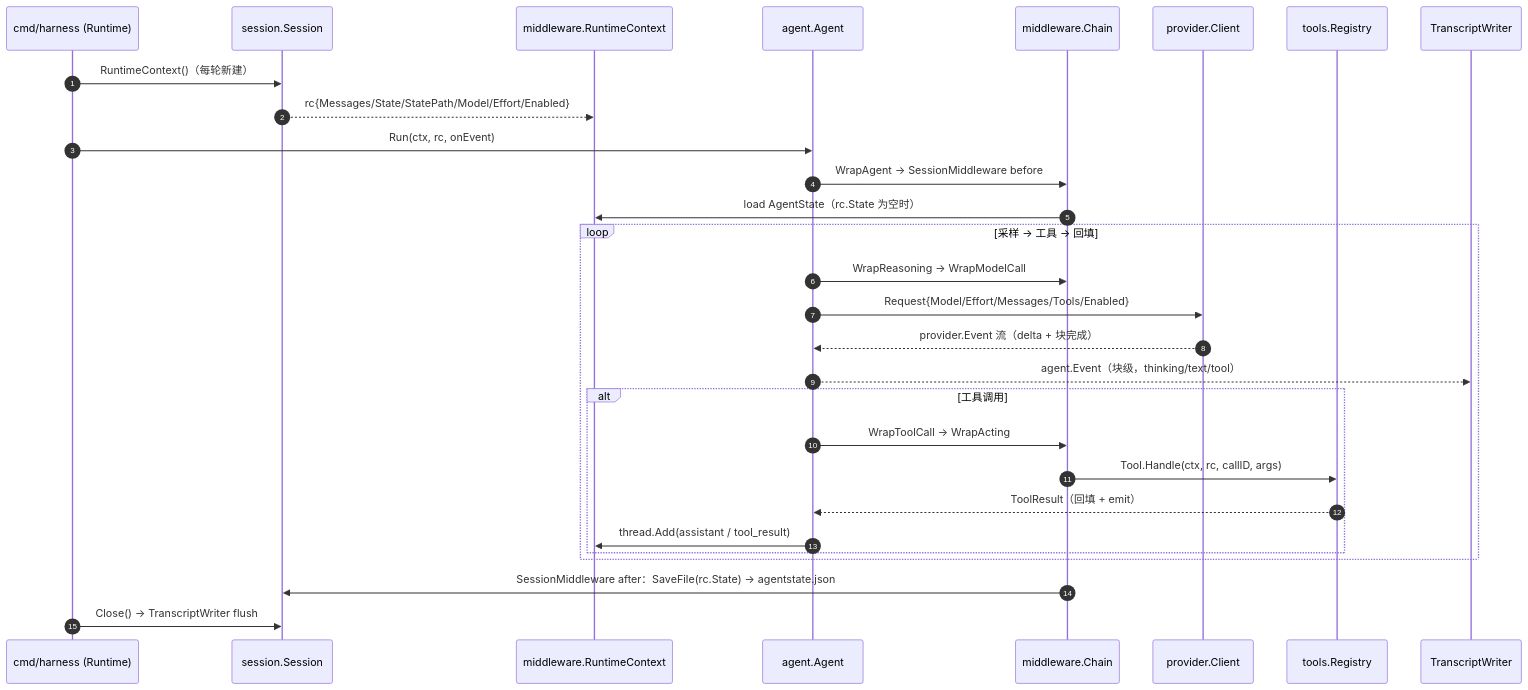
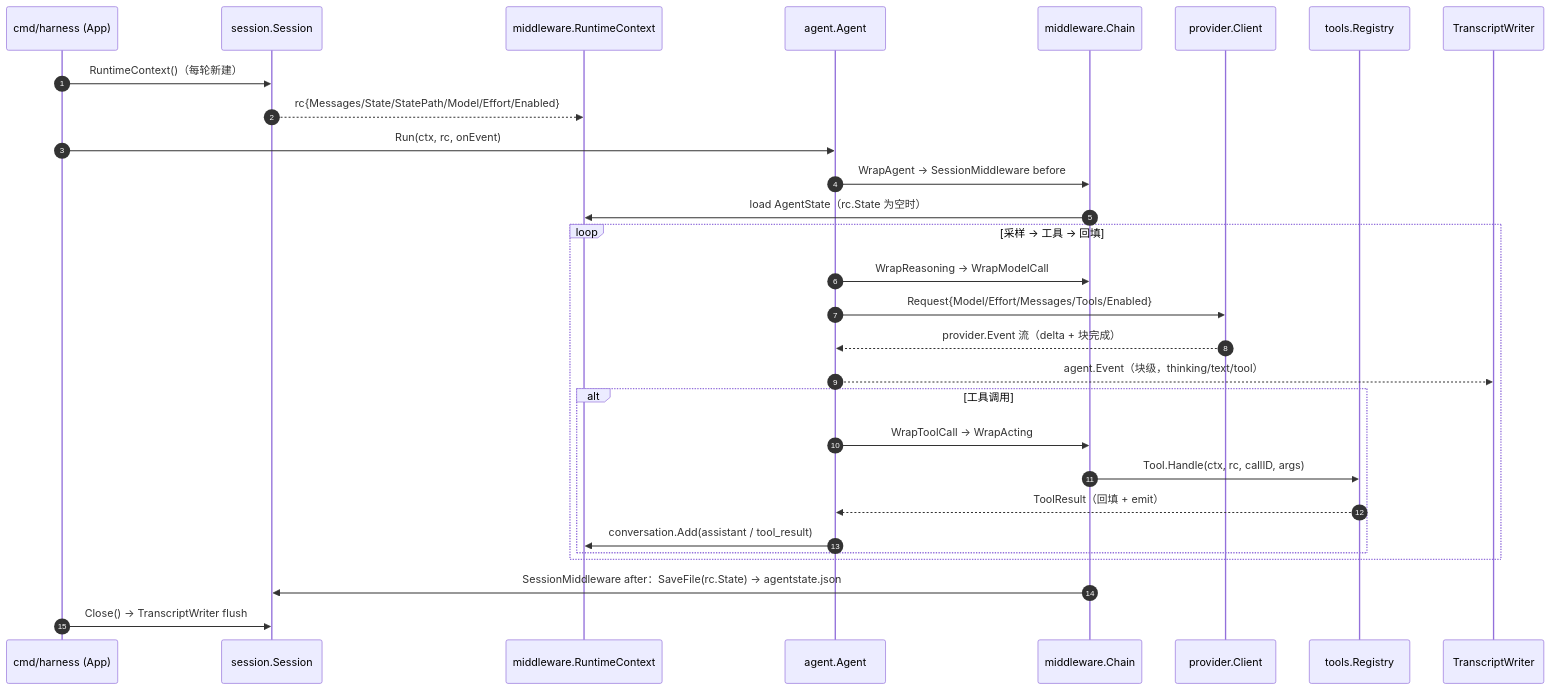
Before and after one commit to HUANGsir-JH/simple-harness: the second of 8 diagrams in DATA_STRUCTURES.md, drawn with Mermaid. The commit also changed other lines of this file and 19 other files, not shown here.

First line of the commit message:
refactor: 命名语义化——Thread→Conversation / Runtime→App / replCtx→SessionManager

````diff
--- a/DATA_STRUCTURES.md
+++ b/DATA_STRUCTURES.md
@@ -35,32 +35,32 @@
 ```mermaid
 sequenceDiagram
     autonumber
-    participant CLI as cmd/harness (Runtime)
+    participant CLI as cmd/harness (App)
     participant SES as session.Session
     participant RC as middleware.RuntimeContext
     participant AG as agent.Agent
     participant MW as middleware.Chain
     participant PV as provider.Client
     participant TL as tools.Registry
     participant TR as TranscriptWriter
 
     CLI->>SES: RuntimeContext()（每轮新建）
     SES-->>RC: rc{Messages/State/StatePath/Model/Effort/Enabled}
     CLI->>AG: Run(ctx, rc, onEvent)
     AG->>MW: WrapAgent → SessionMiddleware before
     MW->>RC: load AgentState（rc.State 为空时）
     loop 采样 → 工具 → 回填
         AG->>MW: WrapReasoning → WrapModelCall
         AG->>PV: Request{Model/Effort/Messages/Tools/Enabled}
         PV-->>AG: provider.Event 流（delta + 块完成）
         AG-->>TR: agent.Event（块级，thinking/text/tool）
         alt 工具调用
             AG->>MW: WrapToolCall → WrapActing
             MW->>TL: Tool.Handle(ctx, rc, callID, args)
             TL-->>AG: ToolResult（回填 + emit）
-            AG->>RC: thread.Add(assistant / tool_result)
+            AG->>RC: conversation.Add(assistant / tool_result)
         end
     end
     MW->>SES: SessionMiddleware after：SaveFile(rc.State) → agentstate.json
     CLI->>SES: Close() → TranscriptWriter flush
 ```
````
